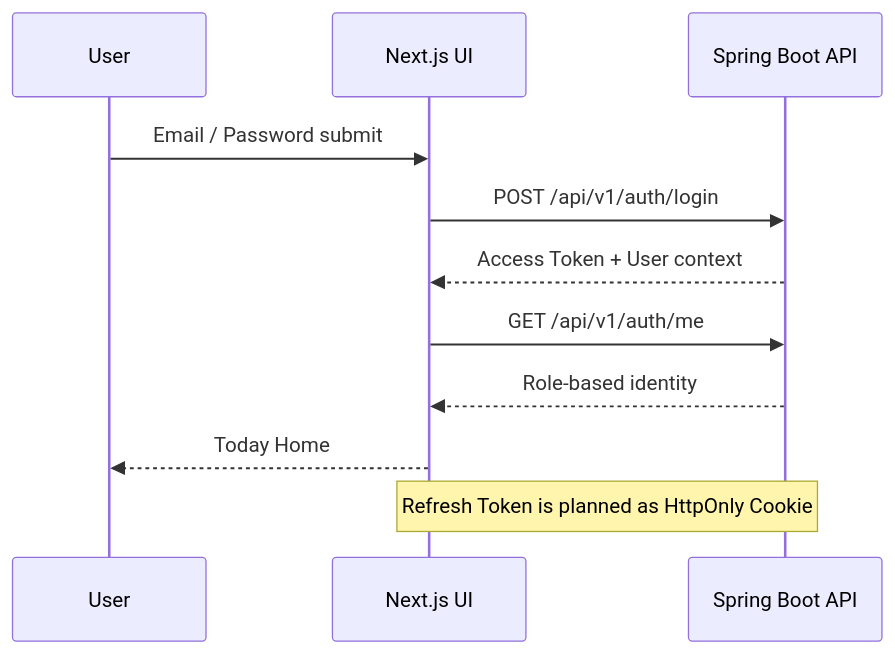
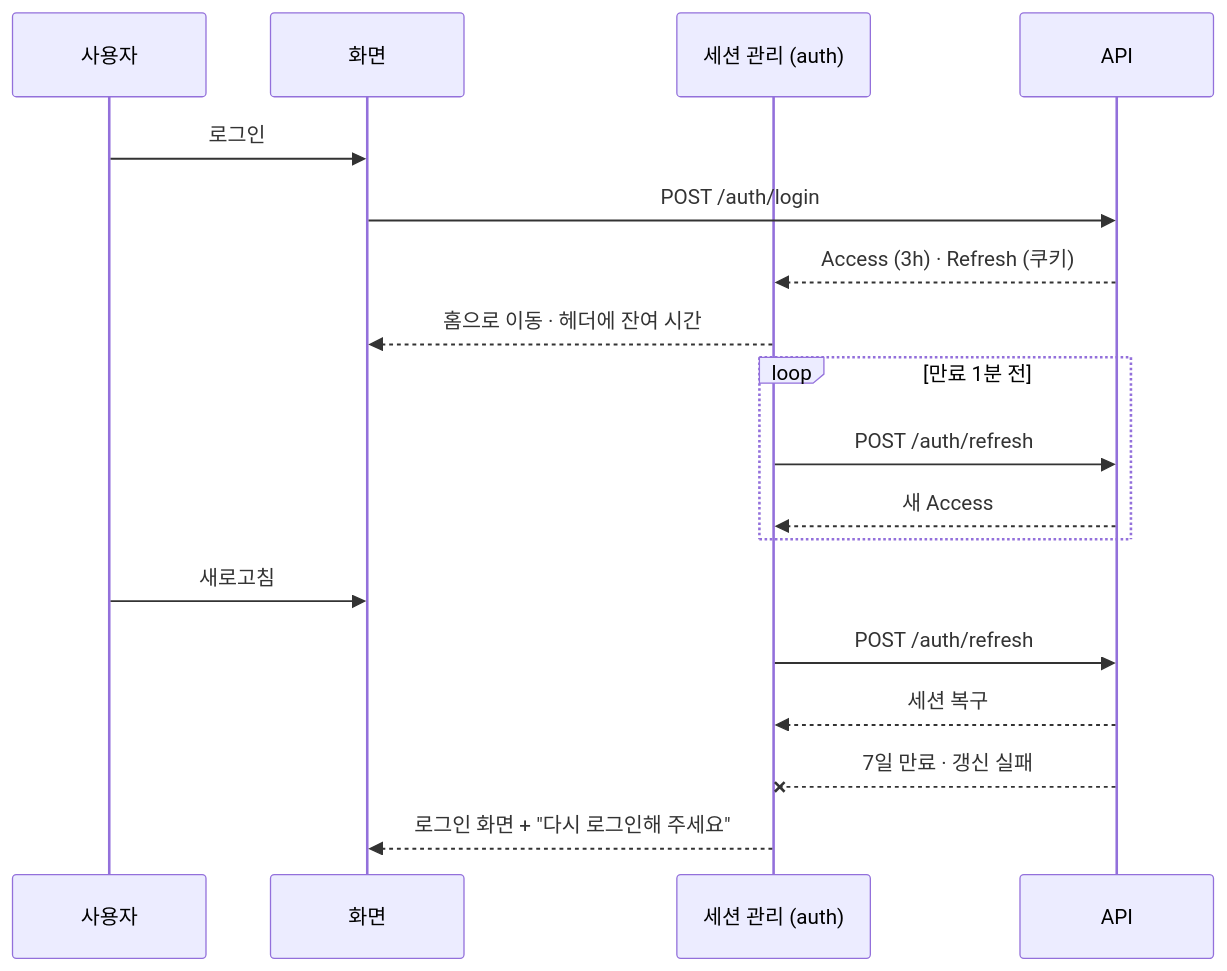
Before and after one commit to wjsgusdn12/naverworks_clone_front: the third of 10 diagrams in README.md, drawn with Mermaid. The commit also changed other lines of this file, not shown here.

Commit message:
README를 설계 다이어그램 중심으로 전면 개편

````diff
--- a/README.md
+++ b/README.md
@@ -115,15 +85,21 @@
 ```mermaid
 sequenceDiagram
-    participant U as User
-    participant F as Next.js UI
-    participant A as Spring Boot API
+    participant U as 사용자
+    participant F as 화면
+    participant S as 세션 관리 (auth)
+    participant A as API
 
-    U->>F: Email / Password submit
-    F->>A: POST /api/v1/auth/login
-    A-->>F: Access Token + User context
-    F->>A: GET /api/v1/auth/me
-    A-->>F: Role-based identity
-    F-->>U: Today Home
-
-    Note over F,A: Refresh Token is planned as HttpOnly Cookie
+    U->>F: 로그인
+    F->>A: POST /auth/login
+    A-->>S: Access (3h) · Refresh (쿠키)
+    S-->>F: 홈으로 이동 · 헤더에 잔여 시간
+    loop 만료 1분 전
+        S->>A: POST /auth/refresh
+        A-->>S: 새 Access
+    end
+    U->>F: 새로고침
+    S->>A: POST /auth/refresh
+    A-->>S: 세션 복구
+    A--xS: 7일 만료 · 갱신 실패
+    S-->>F: 로그인 화면 + "다시 로그인해 주세요"
 ```
````
